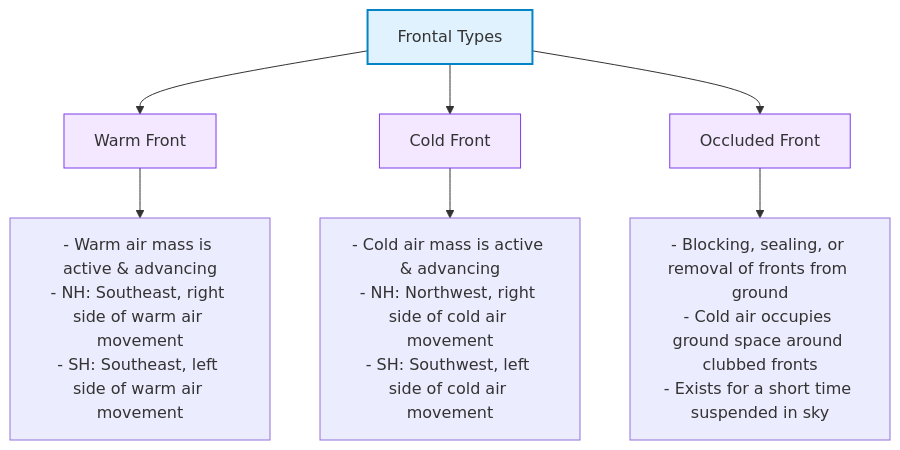
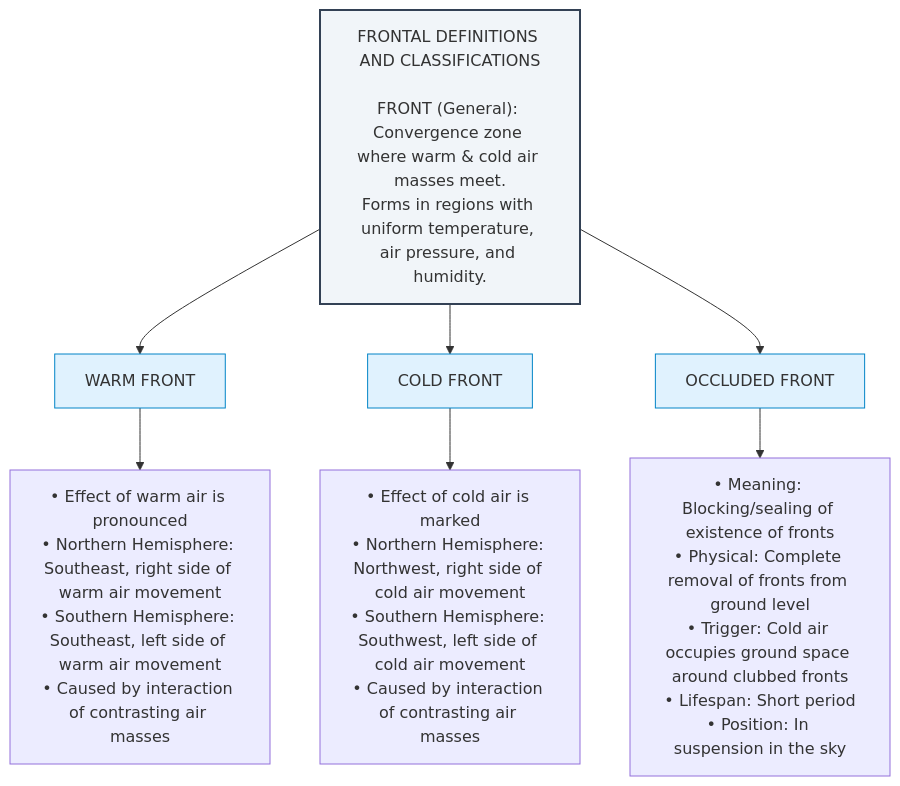
Before and after one commit to ayushhacksethically-code/TERRALUXwiki: the third of 6 diagrams in content/climatology/Temperate Cyclone.md, drawn with Mermaid. The commit also changed other lines of this file, not shown here.

Commit message:
Make Temperate Cyclone Mermaid flowcharts completely match ASCII content word-for-word

```diff
--- a/content/climatology/Temperate Cyclone.md
+++ b/content/climatology/Temperate Cyclone.md
@@ -53,17 +62,18 @@
     <div class="mermaid">
     flowchart TD
-        A[Frontal Types] --> B[Warm Front]
-        A --> C[Cold Front]
-        A --> D[Occluded Front]
+        Title["FRONTAL DEFINITIONS AND CLASSIFICATIONS<br><br>FRONT (General): Convergence zone where warm & cold air masses meet.<br>Forms in regions with uniform temperature, air pressure, and humidity."]
+        Title --> WF[WARM FRONT]
+        Title --> CF[COLD FRONT]
+        Title --> OF[OCCLUDED FRONT]
 
-        B --> B1["- Warm air mass is active & advancing<br>- NH: Southeast, right side of warm air movement<br>- SH: Southeast, left side of warm air movement"]
-        
-        C --> C1["- Cold air mass is active & advancing<br>- NH: Northwest, right side of cold air movement<br>- SH: Southwest, left side of cold air movement"]
-        
-        D --> D1["- Blocking, sealing, or removal of fronts from ground<br>- Cold air occupies ground space around clubbed fronts<br>- Exists for a short time suspended in sky"]
+        WF --> WF_Bullets["• Effect of warm air is pronounced<br>• Northern Hemisphere: Southeast, right side of warm air movement<br>• Southern Hemisphere: Southeast, left side of warm air movement<br>• Caused by interaction of contrasting air masses"]
 
-        style A fill:#e0f2fe,stroke:#0284c7,stroke-width:2px
-        style B fill:#f3e8ff,stroke:#7c3aed,stroke-width:1px
-        style C fill:#f3e8ff,stroke:#7c3aed,stroke-width:1px
-        style D fill:#f3e8ff,stroke:#7c3aed,stroke-width:1px
+        CF --> CF_Bullets["• Effect of cold air is marked<br>• Northern Hemisphere: Northwest, right side of cold air movement<br>• Southern Hemisphere: Southwest, left side of cold air movement<br>• Caused by interaction of contrasting air masses"]
+
+        OF --> OF_Bullets["• Meaning: Blocking/sealing of existence of fronts<br>• Physical: Complete removal of fronts from ground level<br>• Trigger: Cold air occupies ground space around clubbed fronts<br>• Lifespan: Short period<br>• Position: In suspension in the sky"]
+
+        style Title fill:#f1f5f9,stroke:#334155,stroke-width:2px
+        style WF fill:#e0f2fe,stroke:#0284c7,stroke-width:1px
+        style CF fill:#e0f2fe,stroke:#0284c7,stroke-width:1px
+        style OF fill:#e0f2fe,stroke:#0284c7,stroke-width:1px
     </div>
```
